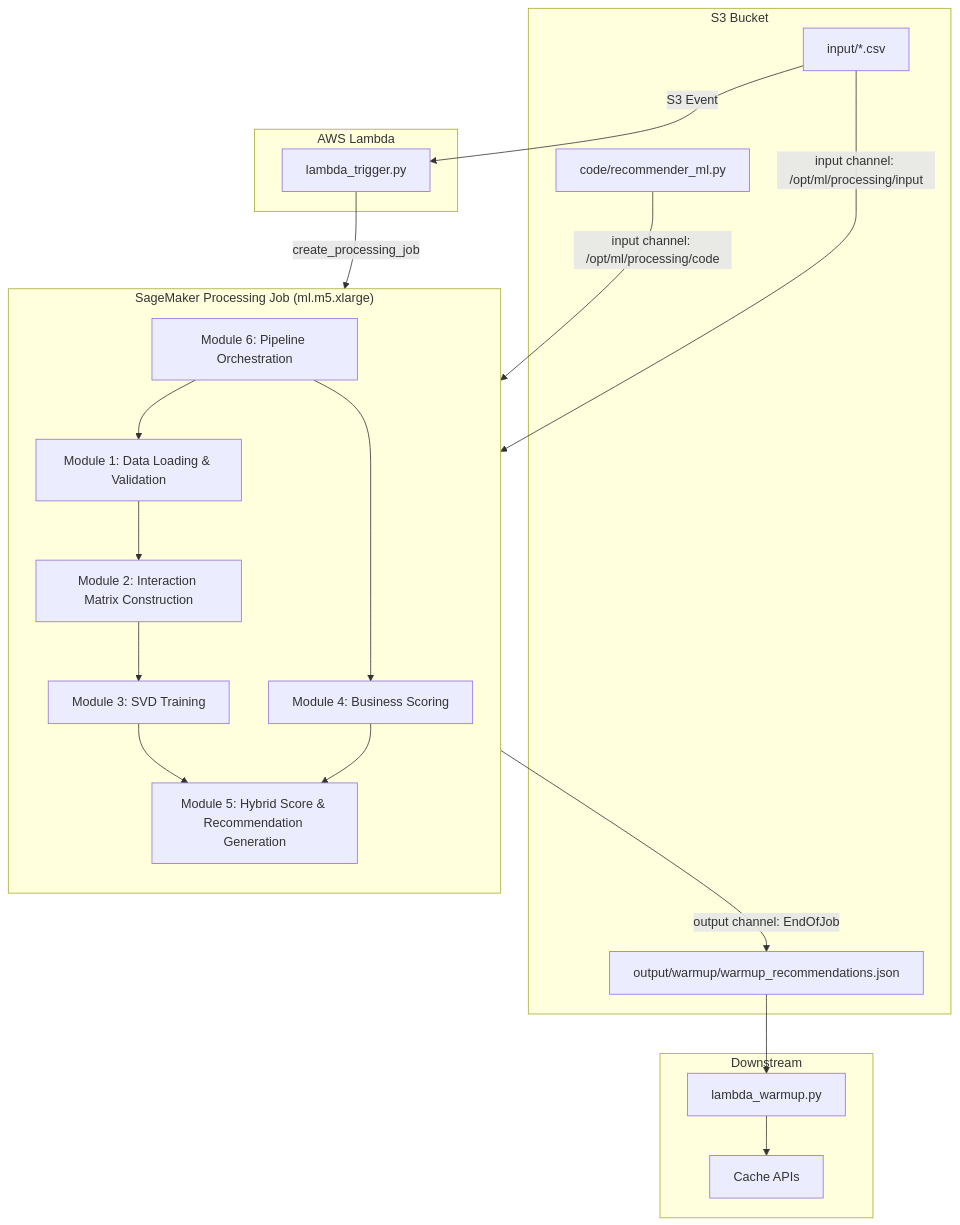
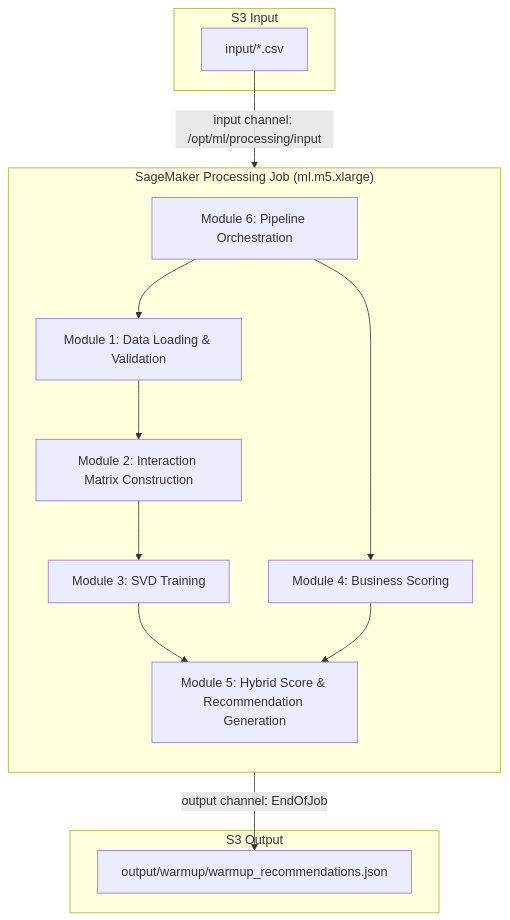
Before and after one commit to MoisesHsilva1/hackathon-ML-inteli-cache: the diagram in .kiro/specs/ml-recommendation-model/design.md, drawn with Mermaid. The commit also changed other lines of this file and 2 other files, not shown here.

Commit message:
docs: simplify ML recommendation model architecture and update requirement references

````diff
--- a/.kiro/specs/ml-recommendation-model/design.md
+++ b/.kiro/specs/ml-recommendation-model/design.md
@@ -17,40 +17,28 @@
 ```mermaid
 flowchart TD
-    subgraph S3["S3 Bucket"]
+    subgraph S3Input["S3 Input"]
         CSV["input/*.csv"]
-        CODE["code/recommender_ml.py"]
-        JSON["output/warmup/warmup_recommendations.json"]
-    end
-
-    subgraph Lambda["AWS Lambda"]
-        TRIGGER["lambda_trigger.py"]
     end
 
     subgraph SageMaker["SageMaker Processing Job (ml.m5.xlarge)"]
         direction TB
         M1["Module 1: Data Loading & Validation"]
         M2["Module 2: Interaction Matrix Construction"]
         M3["Module 3: SVD Training"]
         M4["Module 4: Business Scoring"]
         M5["Module 5: Hybrid Score & Recommendation Generation"]
         M6["Module 6: Pipeline Orchestration"]
 
         M6 --> M1 --> M2 --> M3
         M6 --> M4
         M3 --> M5
         M4 --> M5
     end
 
-    CSV -->|"S3 Event"| TRIGGER
-    TRIGGER -->|"create_processing_job"| SageMaker
-    CODE -->|"input channel: /opt/ml/processing/code"| SageMaker
+    subgraph S3Output["S3 Output"]
+        JSON["output/warmup/warmup_recommendations.json"]
+    end
+
     CSV -->|"input channel: /opt/ml/processing/input"| SageMaker
     SageMaker -->|"output channel: EndOfJob"| JSON
-
-    subgraph Downstream["Downstream"]
-        WARMUP["lambda_warmup.py"]
-        CACHE["Cache APIs"]
-    end
-
-    JSON --> WARMUP --> CACHE
 ```
````
